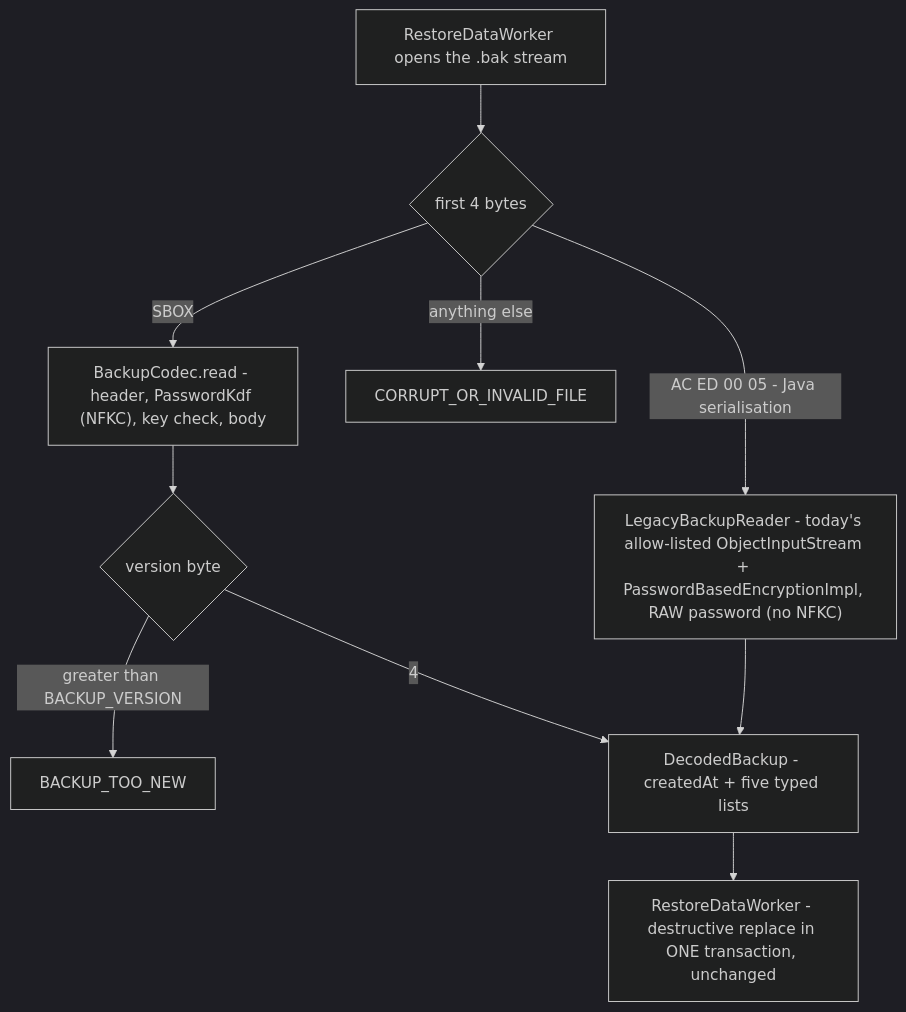
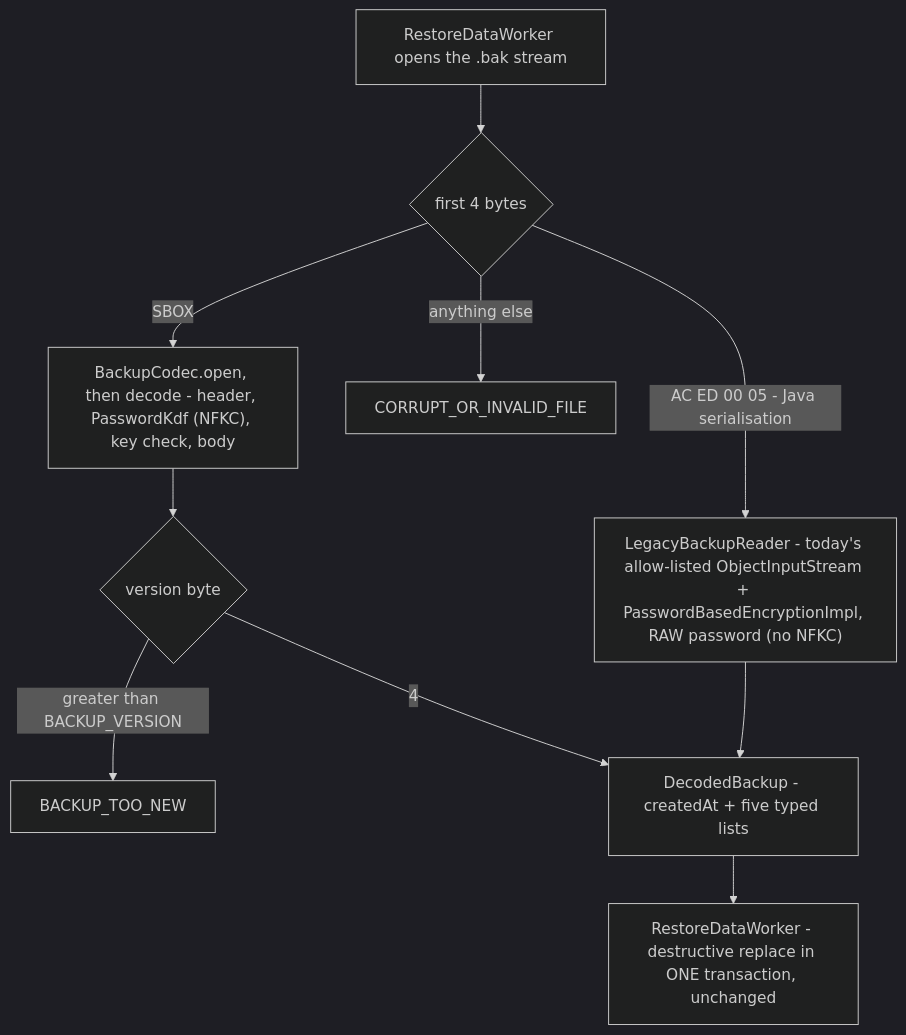
Before and after one commit to Ni3verma/Safe-Box: the third of 23 diagrams in docs/design/envelope-encryption.md, drawn with Mermaid (dark theme). The commit also changed other lines of this file and 6 other files, not shown here.

````diff
--- a/docs/design/envelope-encryption.md
+++ b/docs/design/envelope-encryption.md
@@ -424,12 +424,12 @@
 ```mermaid
 flowchart TB
     F["RestoreDataWorker opens the .bak stream"] --> M{"first 4 bytes"}
-    M -->|"SBOX"| V4["BackupCodec.read - header, PasswordKdf (NFKC), key check, body"]
+    M -->|"SBOX"| V4["BackupCodec.open, then decode - header, PasswordKdf (NFKC), key check, body"]
     M -->|"AC ED 00 05 - Java serialisation"| L["LegacyBackupReader - today's allow-listed ObjectInputStream + PasswordBasedEncryptionImpl, RAW password (no NFKC)"]
     M -->|"anything else"| ERR["CORRUPT_OR_INVALID_FILE"]
     V4 --> VER{"version byte"}
     VER -->|"greater than BACKUP_VERSION"| TOO["BACKUP_TOO_NEW"]
     VER -->|"4"| D["DecodedBackup - createdAt + five typed lists"]
     L --> D
     D --> W["RestoreDataWorker - destructive replace in ONE transaction, unchanged"]
 ```
````
